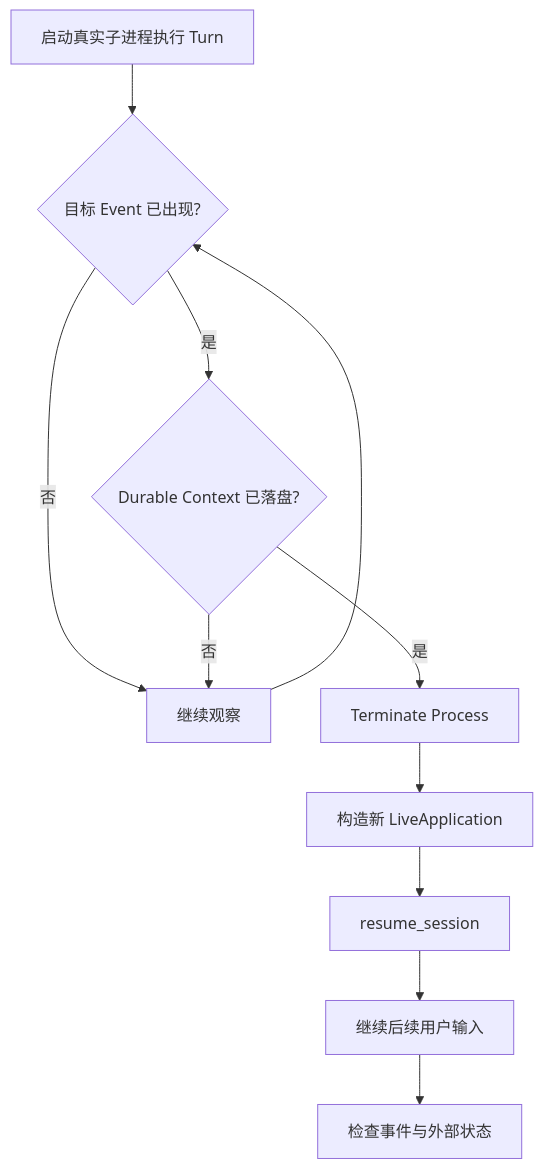
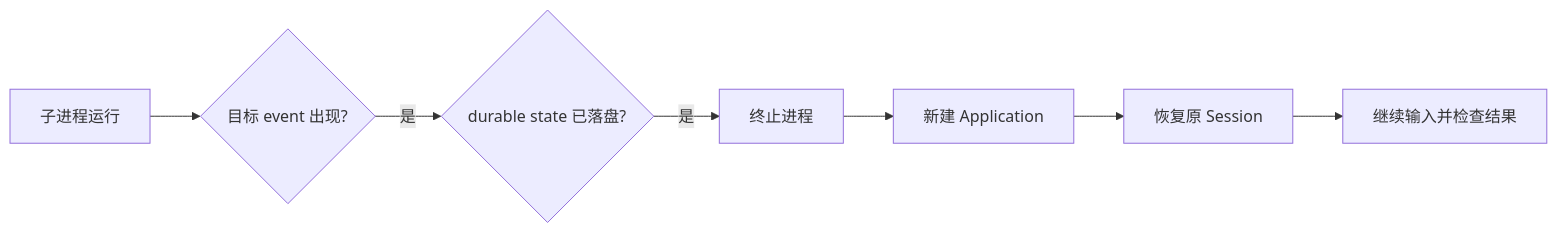
One commit to Arthur999459up/GitAgent changed the ninth of 10 diagrams in docs/14-evaluation-design.md. Above: the diagram before and after it, drawn with Mermaid. The commit also changed other lines of this file and 15 other files, not shown here.

````diff
--- a/docs/14-evaluation-design.md
+++ b/docs/14-evaluation-design.md
@@ -717,13 +316,9 @@
 ```mermaid
-flowchart TD
-    R[启动真实子进程执行 Turn] --> E{目标 Event 已出现?}
-    E -->|否| W[继续观察]
-    W --> E
-    E -->|是| D{Durable Context 已落盘?}
-    D -->|否| W
-    D -->|是| K[Terminate Process]
-    K --> N[构造新 LiveApplication]
-    N --> S[resume_session]
-    S --> U[继续后续用户输入]
-    U --> G[检查事件与外部状态]
+flowchart LR
+    R[子进程运行] --> E{目标 event 出现?}
+    E -->|是| D{durable state 已落盘?}
+    D -->|是| K[终止进程]
+    K --> N[新建 Application]
+    N --> S[恢复原 Session]
+    S --> G[继续输入并检查结果]
 ```
````
